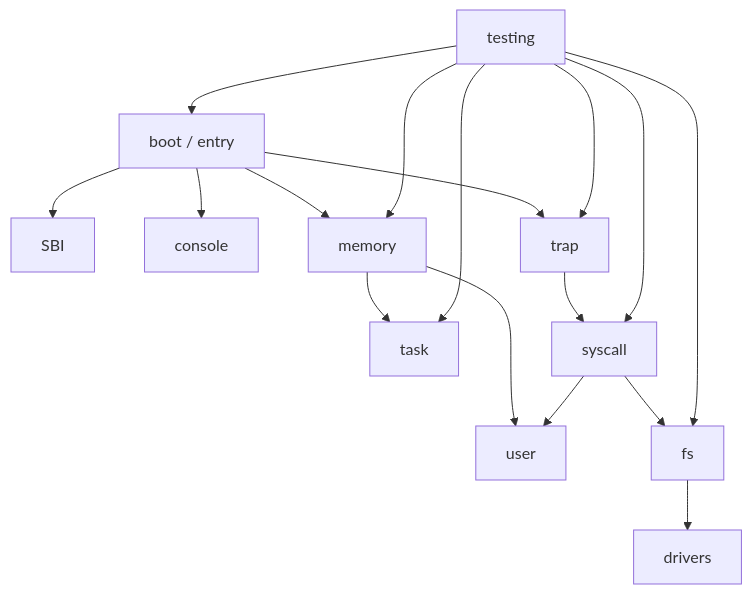
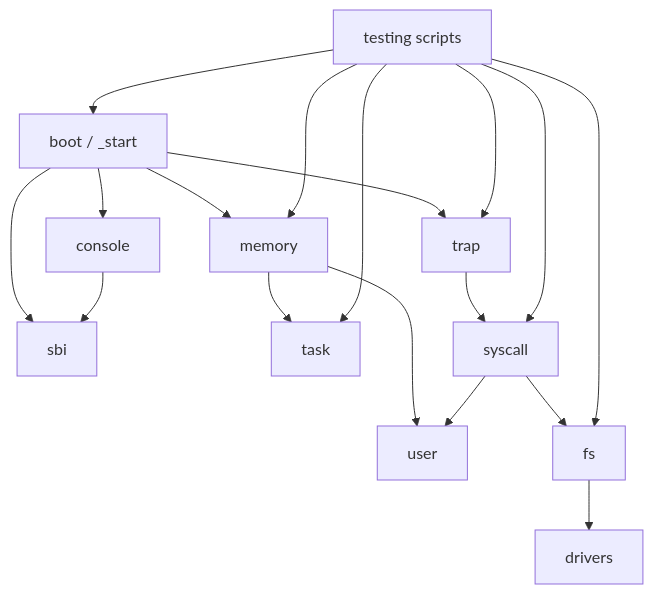
Before and after one commit to yicanzhang776-tech/os: the first of 2 diagrams in docs/final-report.md, drawn with Mermaid. The commit also changed other lines of this file and 2 other files, not shown here.

````diff
--- a/docs/final-report.md
+++ b/docs/final-report.md
@@ -21,19 +134,20 @@
 ```mermaid
 flowchart TD
-    boot["boot / entry"] --> sbi["SBI"]
+    boot["boot / _start"] --> sbi["sbi"]
     boot --> console["console"]
+    console --> sbi
     boot --> trap["trap"]
     boot --> memory["memory"]
     memory --> task["task"]
     memory --> user["user mapping"]
     trap --> syscall["syscall"]
     syscall --> user["user"]
     syscall --> fs["fs"]
     fs --> drivers["drivers"]
-    testing["testing"] --> boot
+    testing["testing scripts"] --> boot
     testing --> trap
     testing --> memory
     testing --> task
     testing --> syscall
     testing --> fs
 ```
````
